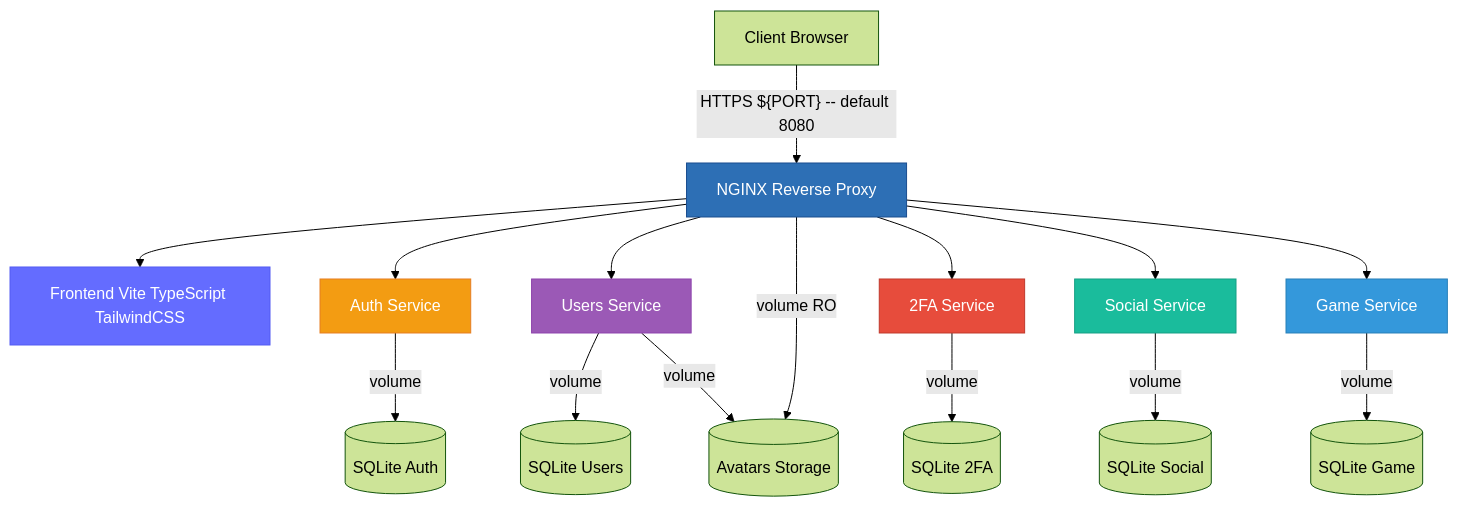
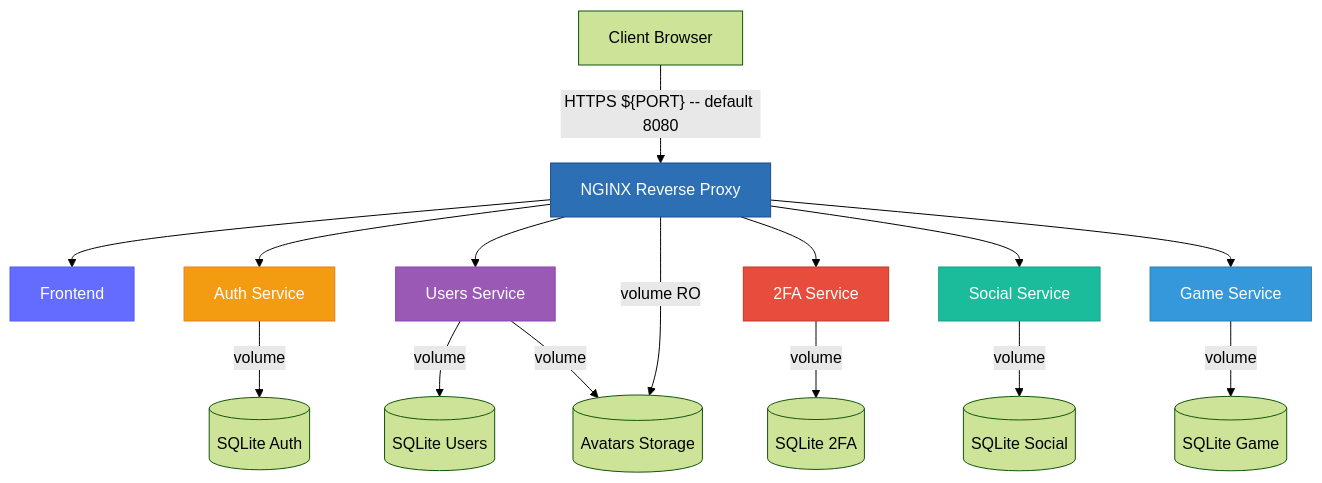
Before and after one commit to anais-f/42_ft_transcendence: the first of 3 diagrams in docs/architecture.md, drawn with Mermaid (forest theme).

````diff
--- a/docs/architecture.md
+++ b/docs/architecture.md
@@ -8,30 +8,30 @@
 ```mermaid
 graph TB
     Client[Client Browser]
 
     Client -->|"HTTPS ${PORT} -- default 8080"| Nginx[NGINX Reverse Proxy]
 
-    Nginx --> Frontend[Frontend Vite TypeScript TailwindCSS]
+    Nginx --> Frontend[Frontend]
     Nginx --> Auth[Auth Service]
     Nginx --> Users[Users Service]
     Nginx --> TwoFA[2FA Service]
     Nginx --> Social[Social Service]
     Nginx --> Game[Game Service]
 
     Auth -->|volume| DB_Auth[(SQLite Auth)]
     Users -->|volume| DB_Users[(SQLite Users)]
     Social -->|volume| DB_Social[(SQLite Social)]
     TwoFA -->|volume| DB_2FA[(SQLite 2FA)]
     Game -->|volume| DB_Game[(SQLite Game)]
 
     Users -->|volume| Avatars[(Avatars Storage)]
     Nginx -->|volume RO| Avatars
 
     style Nginx fill:#2d6fb5,stroke:#1a4d8f,color:#fff
     style Frontend fill:#646cff,stroke:#535bf2,color:#fff
     style Auth fill:#f39c12,stroke:#e67e22,color:#fff
     style Users fill:#9b59b6,stroke:#8e44ad,color:#fff
     style TwoFA fill:#e74c3c,stroke:#c0392b,color:#fff
     style Social fill:#1abc9c,stroke:#16a085,color:#fff
     style Game fill:#3498db,stroke:#2980b9,color:#fff
 ```
````
